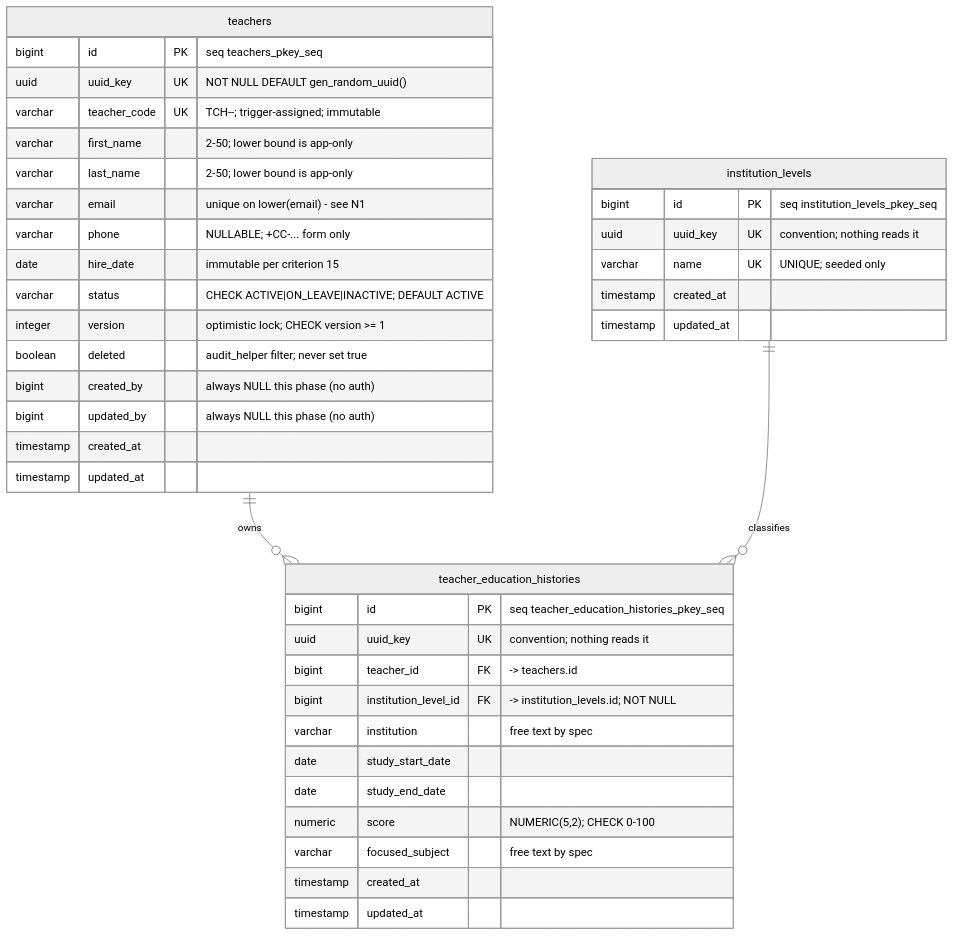
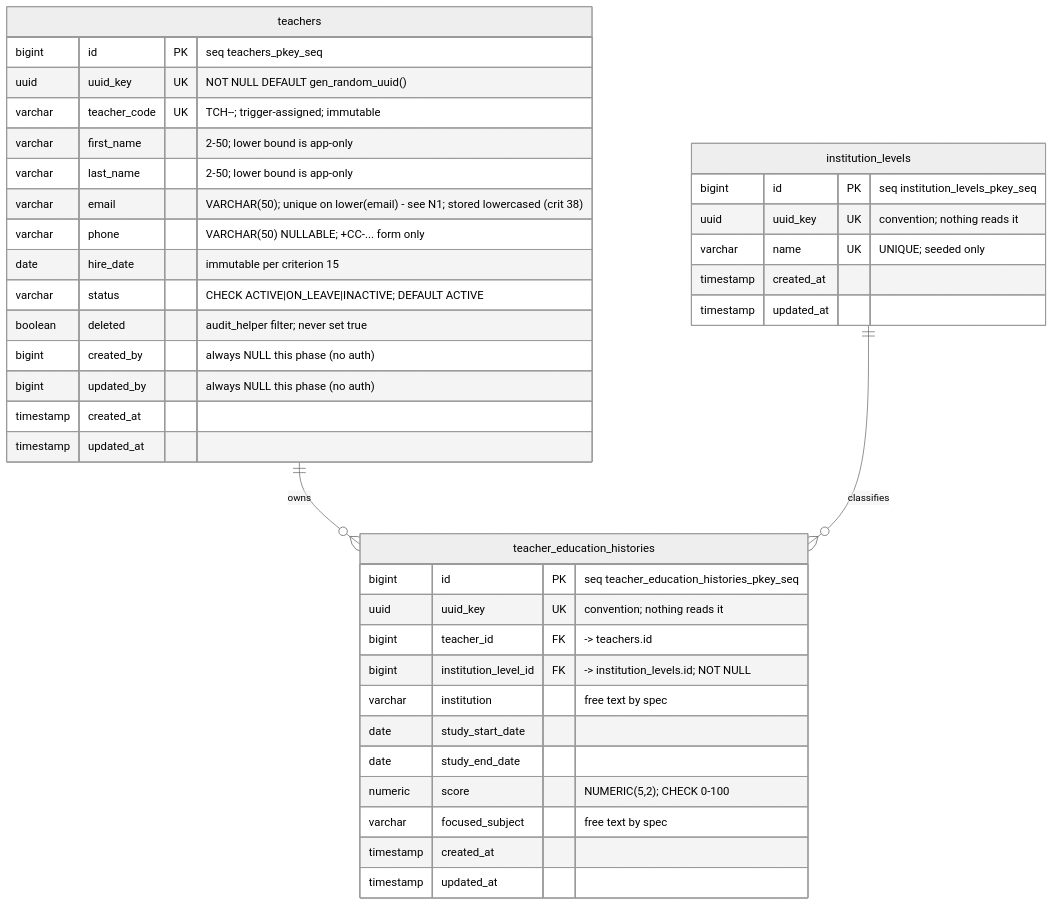
Before and after one commit to william22913/sample-project: the diagram in docs/FEAT-001/database.md, drawn with Mermaid (neutral theme). The commit also changed other lines of this file and 3 other files, not shown here.

````diff
--- a/docs/FEAT-001/database.md
+++ b/docs/FEAT-001/database.md
@@ -79,45 +81,44 @@
 ```mermaid
 erDiagram
     teachers ||--o{ teacher_education_histories : "owns"
     institution_levels ||--o{ teacher_education_histories : "classifies"
 
     teachers {
         bigint    id           PK "seq teachers_pkey_seq"
         uuid      uuid_key     UK "NOT NULL DEFAULT gen_random_uuid()"
         varchar   teacher_code UK "TCH-<hire_year>-<id>; trigger-assigned; immutable"
         varchar   first_name      "2-50; lower bound is app-only"
         varchar   last_name       "2-50; lower bound is app-only"
-        varchar   email           "unique on lower(email) - see N1"
-        varchar   phone           "NULLABLE; +CC-... form only"
+        varchar   email           "VARCHAR(50); unique on lower(email) - see N1; stored lowercased (crit 38)"
+        varchar   phone           "VARCHAR(50) NULLABLE; +CC-... form only"
         date      hire_date       "immutable per criterion 15"
         varchar   status          "CHECK ACTIVE|ON_LEAVE|INACTIVE; DEFAULT ACTIVE"
-        integer   version         "optimistic lock; CHECK version >= 1"
         boolean   deleted         "audit_helper filter; never set true"
         bigint    created_by      "always NULL this phase (no auth)"
         bigint    updated_by      "always NULL this phase (no auth)"
         timestamp created_at
         timestamp updated_at
     }
 
     institution_levels {
         bigint    id          PK "seq institution_levels_pkey_seq"
         uuid      uuid_key    UK "convention; nothing reads it"
         varchar   name        UK "UNIQUE; seeded only"
         timestamp created_at
         timestamp updated_at
     }
 
     teacher_education_histories {
         bigint    id                   PK "seq teacher_education_histories_pkey_seq"
         uuid      uuid_key             UK "convention; nothing reads it"
         bigint    teacher_id           FK "-> teachers.id"
         bigint    institution_level_id FK "-> institution_levels.id; NOT NULL"
         varchar   institution             "free text by spec"
         date      study_start_date
         date      study_end_date
         numeric   score                   "NUMERIC(5,2); CHECK 0-100"
         varchar   focused_subject         "free text by spec"
         timestamp created_at
         timestamp updated_at
     }
 ```
````
